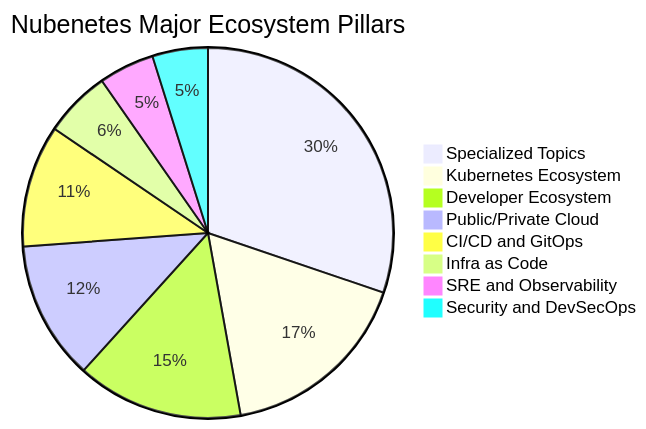
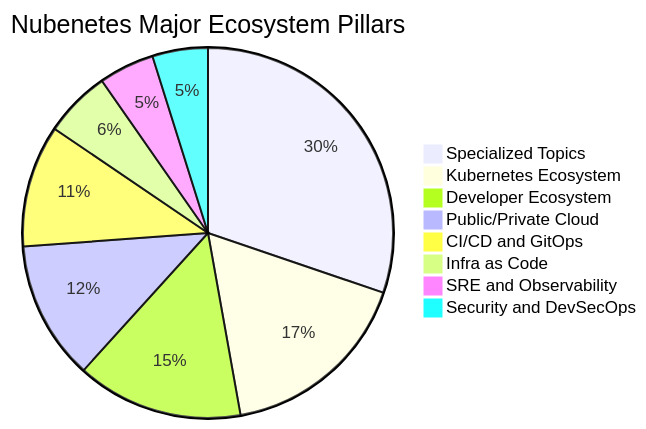
Before and after one commit to nubenetes/awesome-kubernetes: the second of 14 diagrams in README.md, drawn with Mermaid. The commit also changed other lines of this file and 171 other files, not shown here.

````diff
--- a/README.md
+++ b/README.md
@@ -308,11 +308,11 @@
 ```mermaid
 pie title Nubenetes Major Ecosystem Pillars
-    "Specialized Topics" : 6234
+    "Specialized Topics" : 6237
     "Kubernetes Ecosystem" : 3500
     "Developer Ecosystem" : 3000
     "Public/Private Cloud" : 2500
     "CI/CD and GitOps" : 2200
     "Infra as Code" : 1200
     "SRE and Observability" : 1000
     "Security and DevSecOps" : 1000
 ```
````
